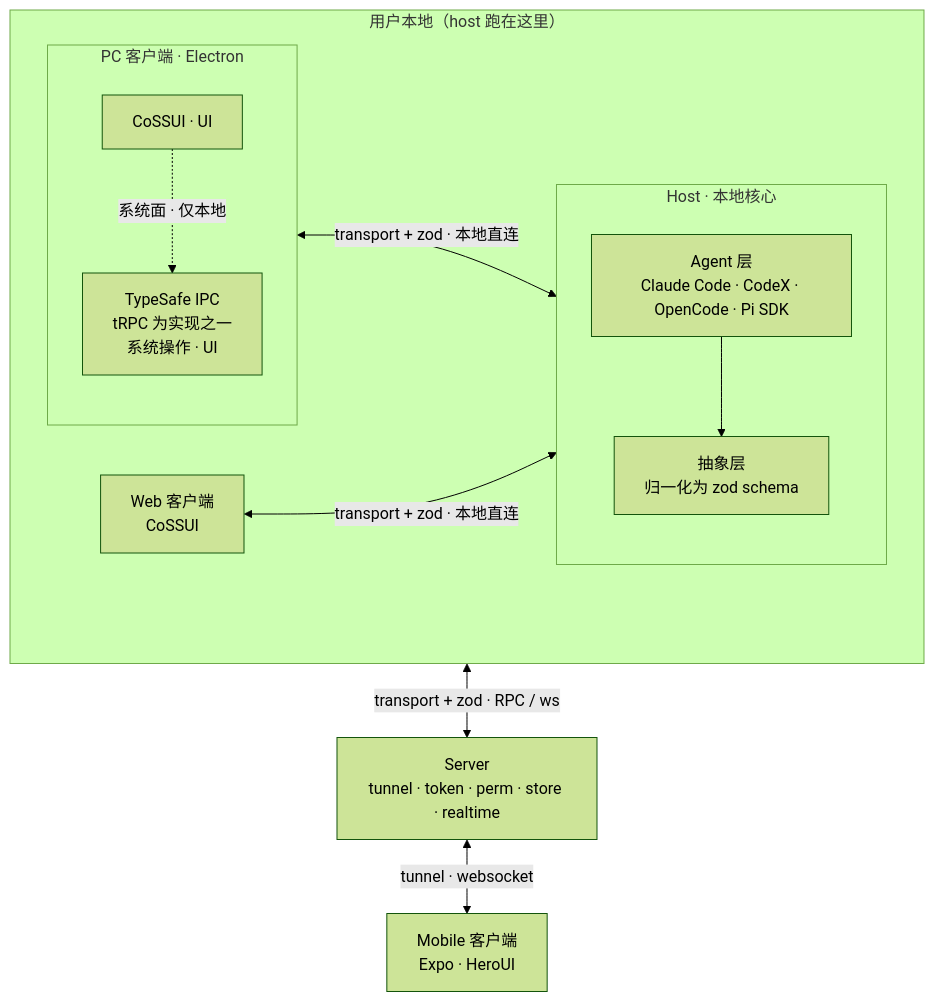
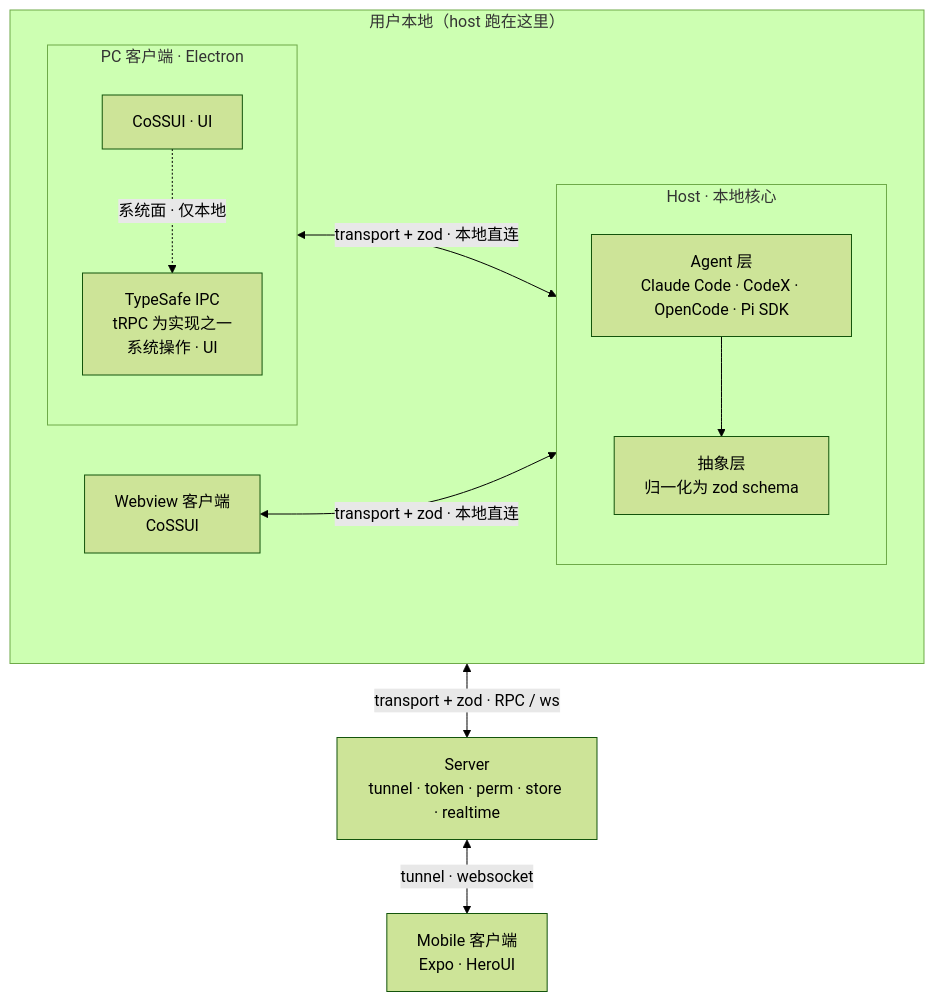
Before and after one commit to arcboxlabs/linkcode: the diagram in PLAN.md, drawn with Mermaid (forest theme). The commit also changed other lines of this file and 15 other files, not shown here.

First line of the commit message:
refactor: rename @linkcode/web to @linkcode/webview

````diff
--- a/PLAN.md
+++ b/PLAN.md
@@ -41,25 +41,25 @@
 ```mermaid
 flowchart TB
   subgraph LOCAL["用户本地（host 跑在这里）"]
     direction LR
     subgraph PCBOX["PC 客户端 · Electron"]
       direction TB
       PCUI["CoSSUI · UI"]
       IPC["TypeSafe IPC<br/>tRPC 为实现之一<br/>系统操作 · UI"]
       PCUI -.->|"系统面 · 仅本地"| IPC
     end
-    WEB["Web 客户端<br/>CoSSUI"]
+    WEB["Webview 客户端<br/>CoSSUI"]
     subgraph HOSTBOX["Host · 本地核心"]
       direction TB
       AGENT["Agent 层<br/>Claude Code · CodeX · OpenCode · Pi SDK"]
       ABS["抽象层<br/>归一化为 zod schema"]
       AGENT --> ABS
     end
   end
   SERVER["Server<br/>tunnel · token · perm · store · realtime"]
   MOBILE["Mobile 客户端<br/>Expo · HeroUI"]
   PCBOX <-->|"transport + zod · 本地直连"| HOSTBOX
   WEB <-->|"transport + zod · 本地直连"| HOSTBOX
   HOSTBOX <-->|"transport + zod · RPC / ws"| SERVER
   SERVER <-->|"tunnel · websocket"| MOBILE
 ```
````
